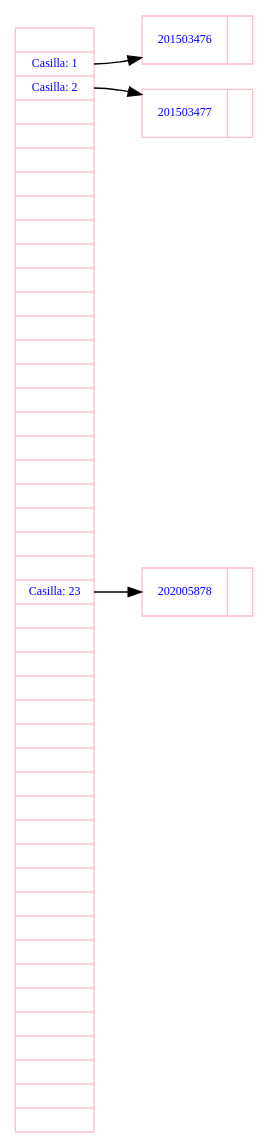
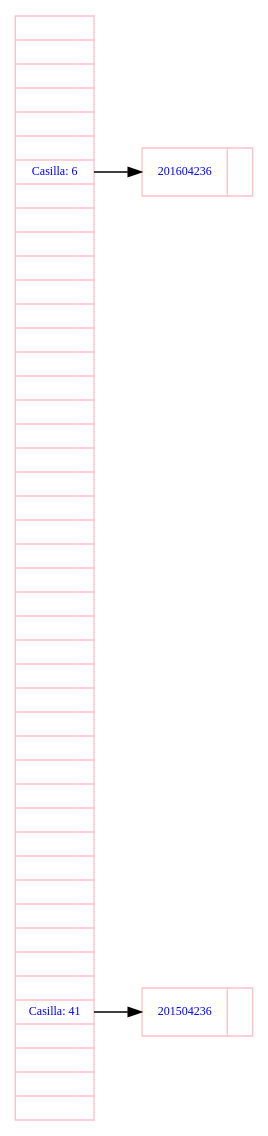
The diagram in Proyecto2/TablaDispersa.dot (AdriGomez95/EDD_1S2020_PY2_201504236), drawn with Graphviz before and after one commit. The commit also changed 55 other files, not shown here.

```diff
--- a/Proyecto2/TablaDispersa.dot
+++ b/Proyecto2/TablaDispersa.dot
@@ -1,12 +1,10 @@
 digraph G{
  node[shape=record fontsize=9 fontcolor=blue color= pink fontname = Verdana];
  rankdir=LR;
-nodeR[label="<p0>|<p1>Casilla: 1|<p2>Casilla: 2|<p3>|<p4>|<p5>|<p6>|<p7>|<p8>|<p9>|<p10>|<p11>|<p12>|<p13>|<p14>|<p15>|<p16>|<p17>|<p18>|<p19>|<p20>|<p21>|<p22>|<p23>Casilla: 23|<p24>|<p25>|<p26>|<p27>|<p28>|<p29>|<p30>|<p31>|<p32>|<p33>|<p34>|<p35>|<p36>|<p37>|<p38>|<p39>|<p40>|<p41>|<p42>|<p43>|<p44>|"];
-node1[label="{<p0>201503476|}"];
-nodeR:p1->node1;
-node2[label="{<p0>201503477|}"];
-nodeR:p2->node2;
-node23[label="{<p0>202005878|}"];
-nodeR:p23->node23;
+nodeR[label="<p0>|<p1>|<p2>|<p3>|<p4>|<p5>|<p6>Casilla: 6|<p7>|<p8>|<p9>|<p10>|<p11>|<p12>|<p13>|<p14>|<p15>|<p16>|<p17>|<p18>|<p19>|<p20>|<p21>|<p22>|<p23>|<p24>|<p25>|<p26>|<p27>|<p28>|<p29>|<p30>|<p31>|<p32>|<p33>|<p34>|<p35>|<p36>|<p37>|<p38>|<p39>|<p40>|<p41>Casilla: 41|<p42>|<p43>|<p44>|"];
+node6[label="{<p0>201604236|}"];
+nodeR:p6->node6;
+node41[label="{<p0>201504236|}"];
+nodeR:p41->node41;
 
 }
```
